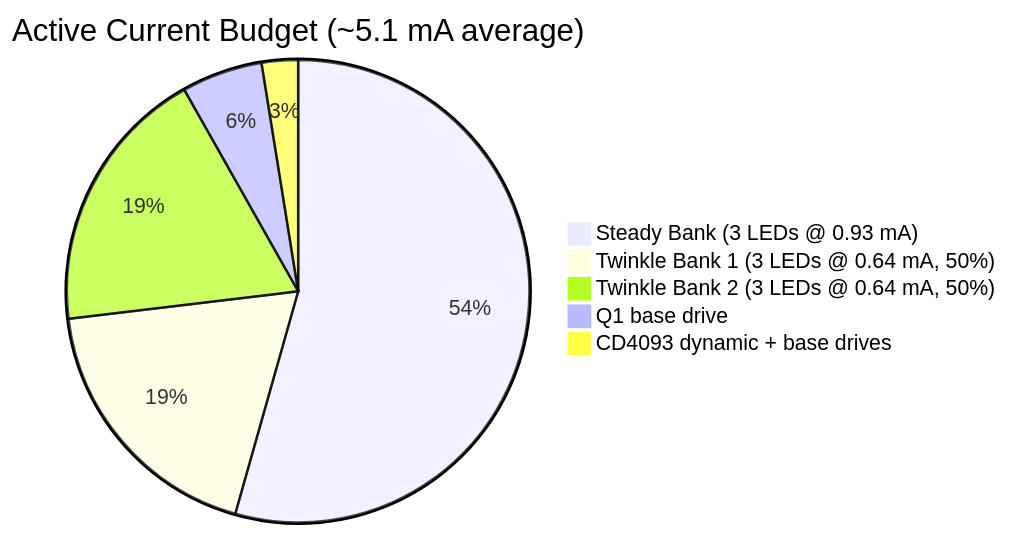
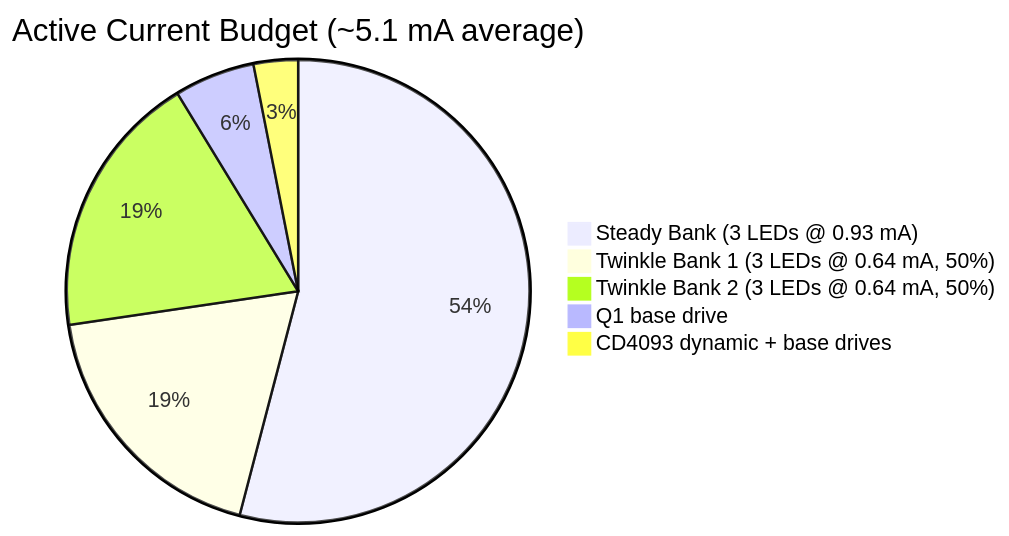
One commit to dirq/DiamondMineShimmerCircuit changed the diagram in circuit-evaluation.md. Above: the diagram before and after it, drawn with Mermaid. The commit also changed other lines of this file and 9 other files, not shown here.

````diff
--- a/circuit-evaluation.md
+++ b/circuit-evaluation.md
@@ -47,8 +47,8 @@
 ```mermaid
 pie title Active Current Budget (~5.1 mA average)
     "Steady Bank (3 LEDs @ 0.93 mA)" : 2.79
     "Twinkle Bank 1 (3 LEDs @ 0.64 mA, 50%)" : 0.96
     "Twinkle Bank 2 (3 LEDs @ 0.64 mA, 50%)" : 0.96
     "Q1 base drive" : 0.29
-    "CD4093 dynamic + base drives" : 0.13
+    "CD4093 dynamic + base drives" : 0.16
 ```
````
